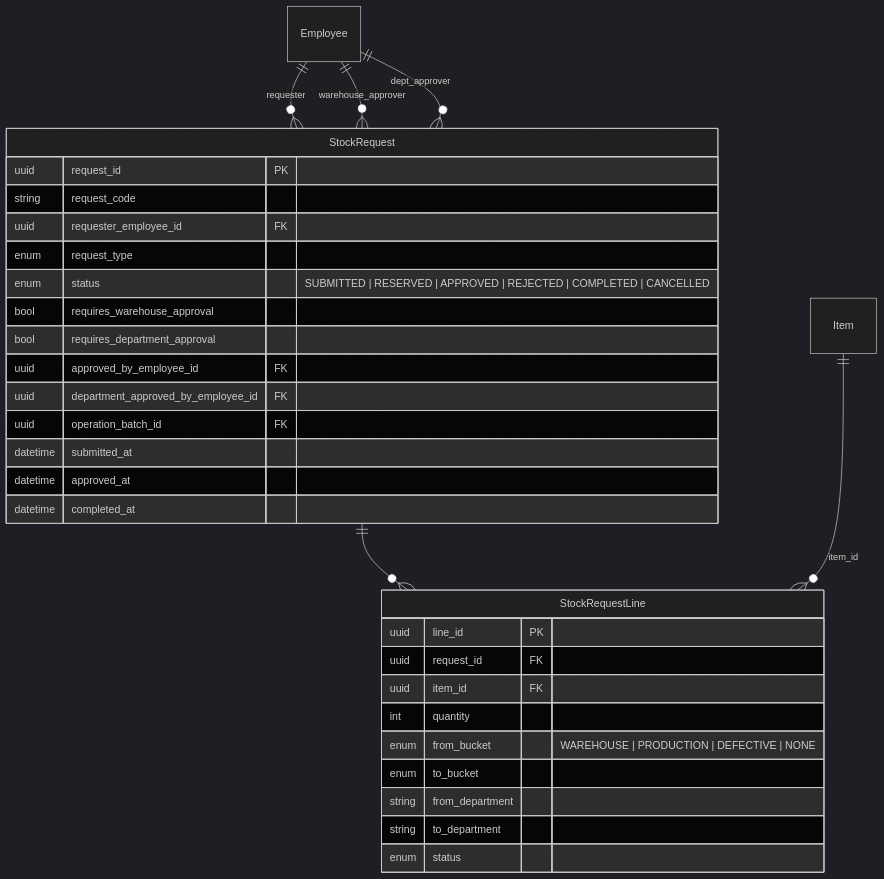
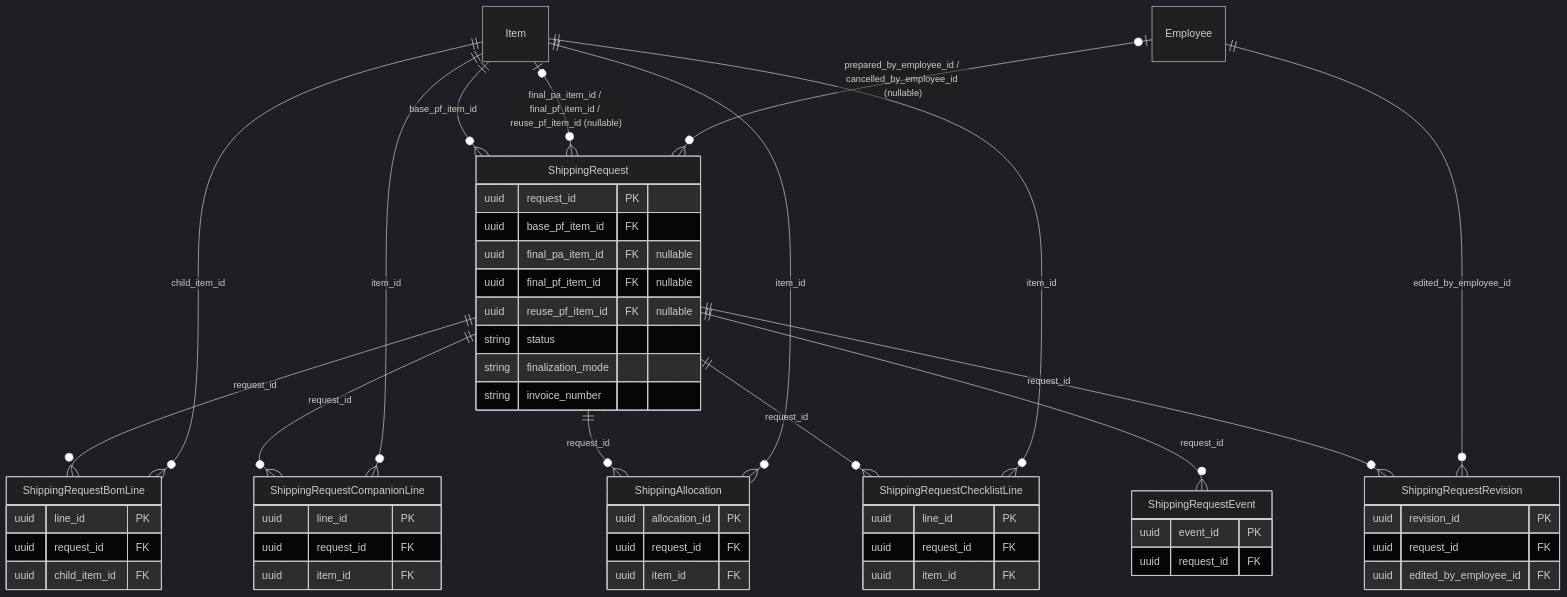
Before and after one commit to Hw-03/ERP: the fifth of 7 diagrams in _attic/docs/ERD.md, drawn with Mermaid (dark theme). The commit also changed other lines of this file and 50 other files, not shown here.

````diff
--- a/_attic/docs/ERD.md
+++ b/_attic/docs/ERD.md
@@ -243,36 +218,57 @@
 ```mermaid
 erDiagram
-    Employee ||--o{ StockRequest : "requester"
-    Employee ||--o{ StockRequest : "warehouse_approver"
-    Employee ||--o{ StockRequest : "dept_approver"
-    StockRequest ||--o{ StockRequestLine : ""
-    Item ||--o{ StockRequestLine : "item_id"
+    Item ||--o{ ShippingRequest : "base_pf_item_id"
+    Item o|--o{ ShippingRequest : "final_pa_item_id / final_pf_item_id / reuse_pf_item_id (nullable)"
+    Employee o|--o{ ShippingRequest : "prepared_by_employee_id / cancelled_by_employee_id (nullable)"
+    ShippingRequest ||--o{ ShippingRequestBomLine : "request_id"
+    ShippingRequest ||--o{ ShippingRequestCompanionLine : "request_id"
+    ShippingRequest ||--o{ ShippingAllocation : "request_id"
+    ShippingRequest ||--o{ ShippingRequestChecklistLine : "request_id"
+    ShippingRequest ||--o{ ShippingRequestEvent : "request_id"
+    ShippingRequest ||--o{ ShippingRequestRevision : "request_id"
+    Item ||--o{ ShippingRequestBomLine : "child_item_id"
+    Item ||--o{ ShippingRequestCompanionLine : "item_id"
+    Item ||--o{ ShippingAllocation : "item_id"
+    Item ||--o{ ShippingRequestChecklistLine : "item_id"
+    Employee ||--o{ ShippingRequestRevision : "edited_by_employee_id"
 
-    StockRequest {
+    ShippingRequest {
         uuid request_id PK
-        string request_code
-        uuid requester_employee_id FK
-        enum request_type
-        enum status "SUBMITTED | RESERVED | APPROVED | REJECTED | COMPLETED | CANCELLED"
-        bool requires_warehouse_approval
-        bool requires_department_approval
-        uuid approved_by_employee_id FK
-        uuid department_approved_by_employee_id FK
-        uuid operation_batch_id FK
-        datetime submitted_at
-        datetime approved_at
-        datetime completed_at
+        uuid base_pf_item_id FK
+        uuid final_pa_item_id FK "nullable"
+        uuid final_pf_item_id FK "nullable"
+        uuid reuse_pf_item_id FK "nullable"
+        string status
+        string finalization_mode
+        string invoice_number
     }
-
-    StockRequestLine {
+    ShippingRequestBomLine {
+        uuid line_id PK
+        uuid request_id FK
+        uuid child_item_id FK
+    }
+    ShippingRequestCompanionLine {
         uuid line_id PK
         uuid request_id FK
         uuid item_id FK
-        int quantity
-        enum from_bucket "WAREHOUSE | PRODUCTION | DEFECTIVE | NONE"
-        enum to_bucket
-        string from_department
-        string to_department
-        enum status
+    }
+    ShippingAllocation {
+        uuid allocation_id PK
+        uuid request_id FK
+        uuid item_id FK
+    }
+    ShippingRequestChecklistLine {
+        uuid line_id PK
+        uuid request_id FK
+        uuid item_id FK
+    }
+    ShippingRequestEvent {
+        uuid event_id PK
+        uuid request_id FK
+    }
+    ShippingRequestRevision {
+        uuid revision_id PK
+        uuid request_id FK
+        uuid edited_by_employee_id FK
     }
 ```
````
